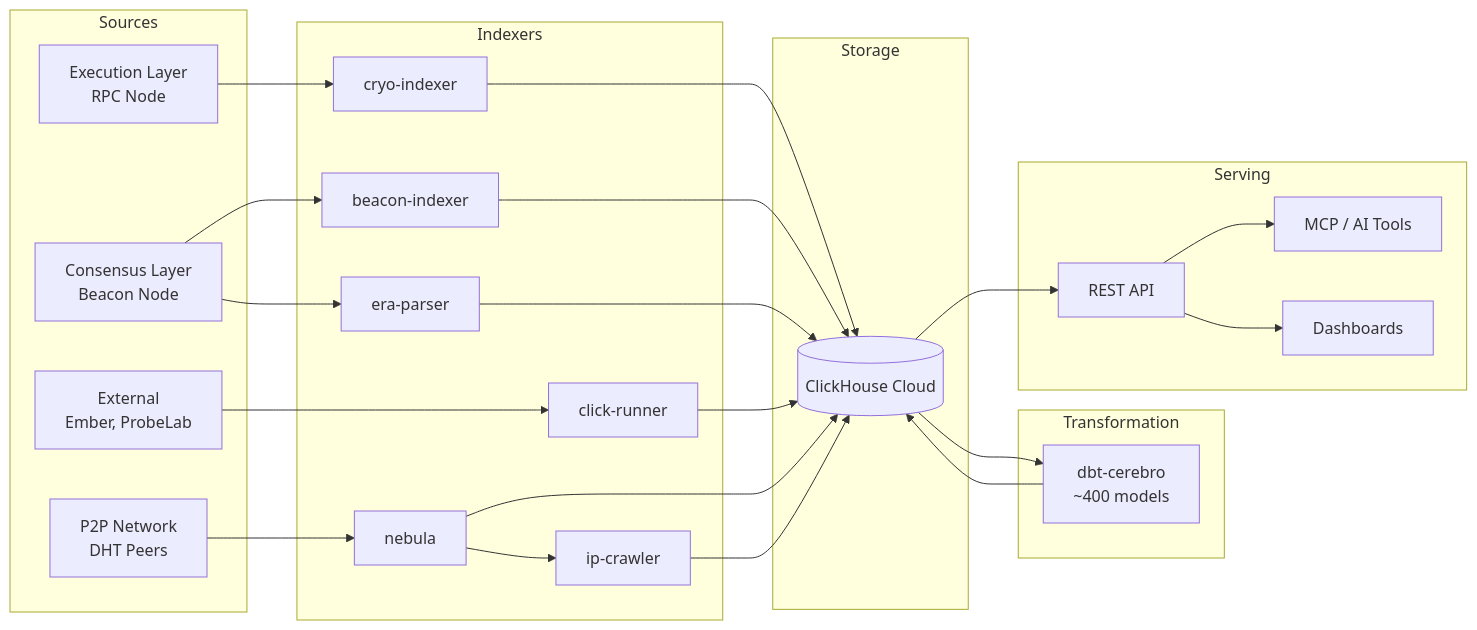
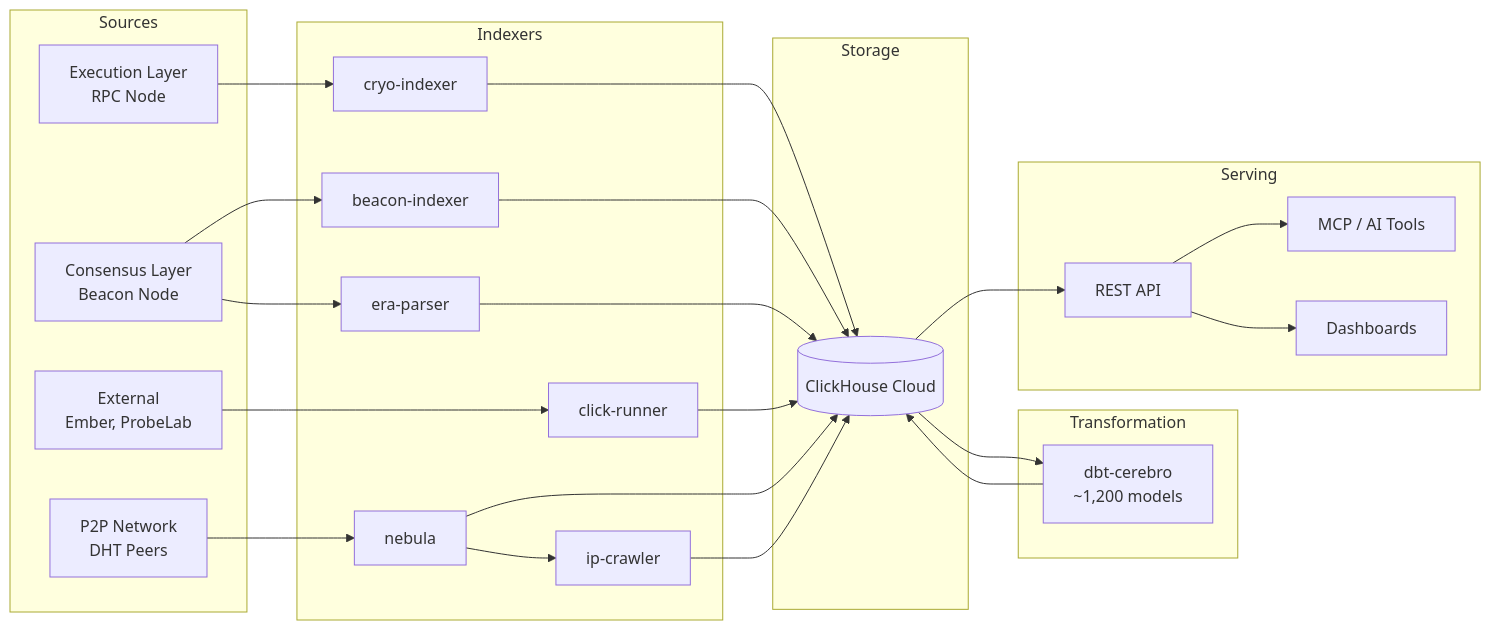
Before and after one commit to gnosischain/cerebro-docs: the diagram in docs/data-pipeline/ingestion/index.md, drawn with Mermaid. The commit also changed 85 other files, not shown here.

````diff
--- a/docs/data-pipeline/ingestion/index.md
+++ b/docs/data-pipeline/ingestion/index.md
@@ -9,53 +9,53 @@
 ```mermaid
 graph LR
     subgraph Sources
         EL[Execution Layer<br/>RPC Node]
         CL[Consensus Layer<br/>Beacon Node]
         P2P[P2P Network<br/>DHT Peers]
         EXT[External<br/>Ember, ProbeLab]
     end
 
     subgraph Indexers
         CRYO[cryo-indexer]
         BEACON[beacon-indexer]
         ERA[era-parser]
         CR[click-runner]
         NEB[nebula]
         IPC[ip-crawler]
     end
 
     subgraph Storage
         CH[(ClickHouse Cloud)]
     end
 
     subgraph Transformation
-        DBT[dbt-cerebro<br/>~400 models]
+        DBT[dbt-cerebro<br/>~1,200 models]
     end
 
     subgraph Serving
         API[REST API]
         MCP[MCP / AI Tools]
         DASH[Dashboards]
     end
 
     EL --> CRYO
     CL --> BEACON
     CL --> ERA
     EXT --> CR
     P2P --> NEB
     NEB --> IPC
 
     CRYO --> CH
     BEACON --> CH
     ERA --> CH
     CR --> CH
     NEB --> CH
     IPC --> CH
 
     CH --> DBT
     DBT --> CH
 
     CH --> API
     API --> MCP
     API --> DASH
 ```
````
